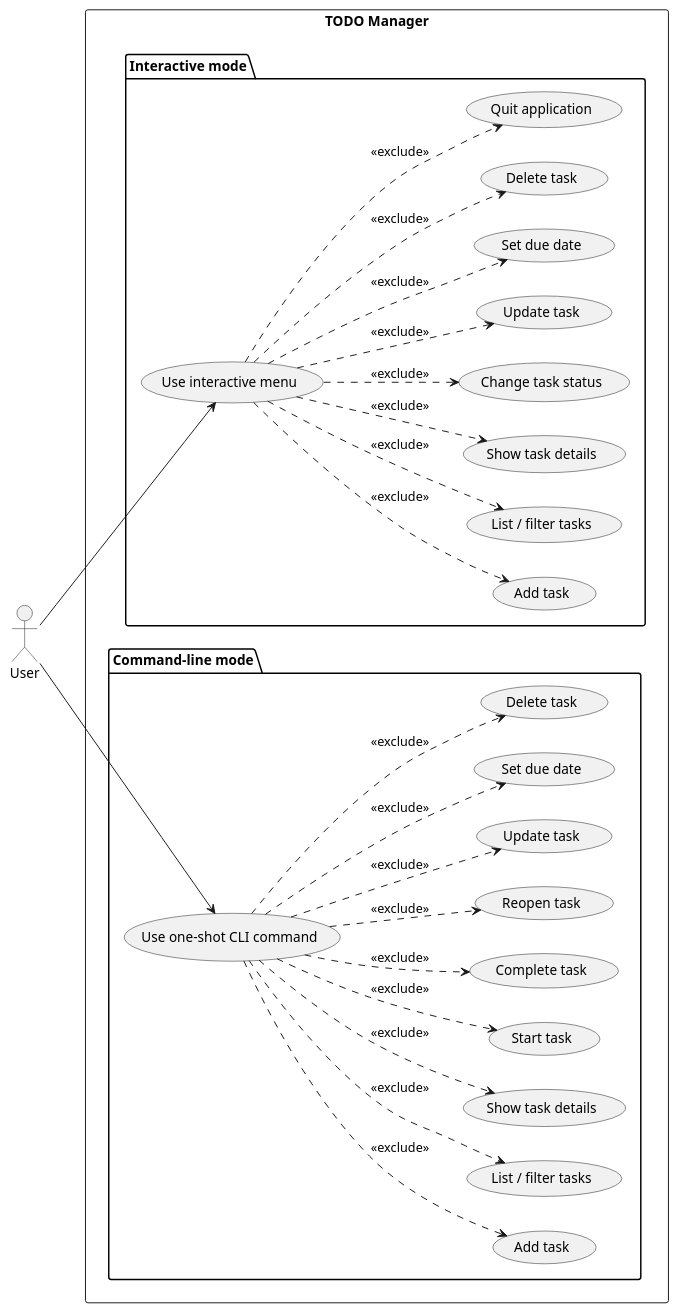
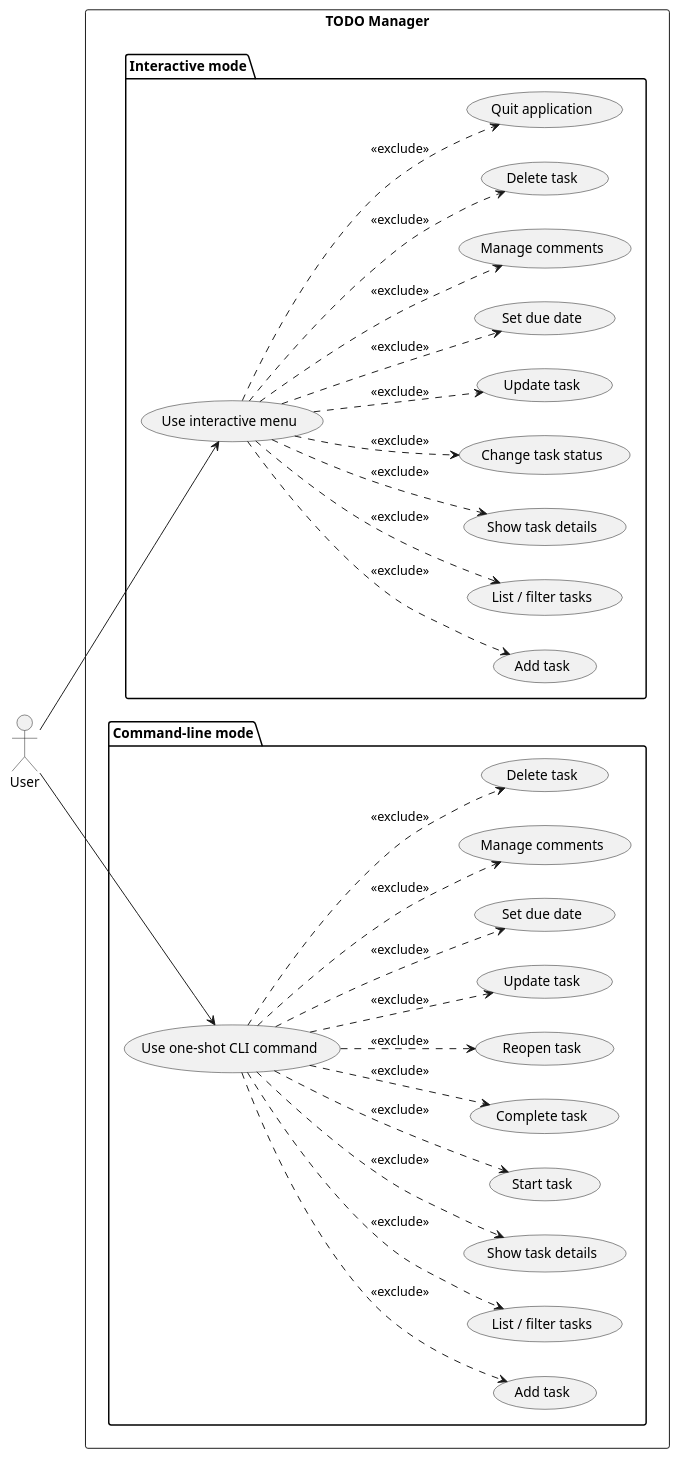
The diagram in experiments/broadcast/user_stories/TODO/artifacts/use_case_diagram.puml (DanielRiha8906/Software_autoevolution_using_agents), drawn with PlantUML before and after one commit. The commit also changed 3 other files, not shown here.

First line of the commit message:
update all diagrams to reflect TaskComment feature

```diff
--- a/experiments/broadcast/user_stories/TODO/artifacts/use_case_diagram.puml
+++ b/experiments/broadcast/user_stories/TODO/artifacts/use_case_diagram.puml
@@ -1,57 +1,61 @@
 @startuml use_case_diagram
 
 left to right direction
 
 actor User
 
 rectangle "TODO Manager" {
 
   package "Interactive mode" {
     usecase "Use interactive menu" as UI
     usecase "Add task" as I_ADD
     usecase "List / filter tasks" as I_LIST
     usecase "Show task details" as I_SHOW
     usecase "Change task status" as I_STATUS
     usecase "Update task" as I_UPDATE
     usecase "Set due date" as I_DUE_DATE
+    usecase "Manage comments" as I_COMMENTS
     usecase "Delete task" as I_DELETE
     usecase "Quit application" as I_QUIT
   }
 
   package "Command-line mode" {
     usecase "Use one-shot CLI command" as CLI
     usecase "Add task" as C_ADD
     usecase "List / filter tasks" as C_LIST
     usecase "Show task details" as C_SHOW
     usecase "Start task" as C_START
     usecase "Complete task" as C_DONE
     usecase "Reopen task" as C_REOPEN
     usecase "Update task" as C_UPDATE
     usecase "Set due date" as C_DUE_DATE
+    usecase "Manage comments" as C_COMMENTS
     usecase "Delete task" as C_DELETE
   }
 }
 
 User --> UI
 User --> CLI
 
 UI ..> I_ADD      : <<exclude>>
 UI ..> I_LIST     : <<exclude>>
 UI ..> I_SHOW     : <<exclude>>
 UI ..> I_STATUS   : <<exclude>>
 UI ..> I_UPDATE   : <<exclude>>
 UI ..> I_DUE_DATE : <<exclude>>
+UI ..> I_COMMENTS : <<exclude>>
 UI ..> I_DELETE   : <<exclude>>
 UI ..> I_QUIT     : <<exclude>>
 
 CLI ..> C_ADD      : <<exclude>>
 CLI ..> C_LIST     : <<exclude>>
 CLI ..> C_SHOW     : <<exclude>>
 CLI ..> C_START    : <<exclude>>
 CLI ..> C_DONE     : <<exclude>>
 CLI ..> C_REOPEN   : <<exclude>>
 CLI ..> C_UPDATE   : <<exclude>>
 CLI ..> C_DUE_DATE : <<exclude>>
+CLI ..> C_COMMENTS : <<exclude>>
 CLI ..> C_DELETE   : <<exclude>>
 
 @enduml
```
